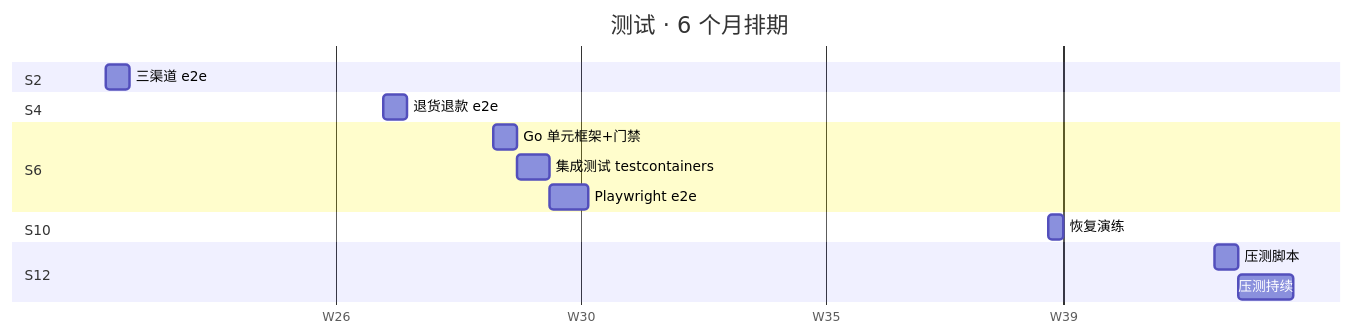
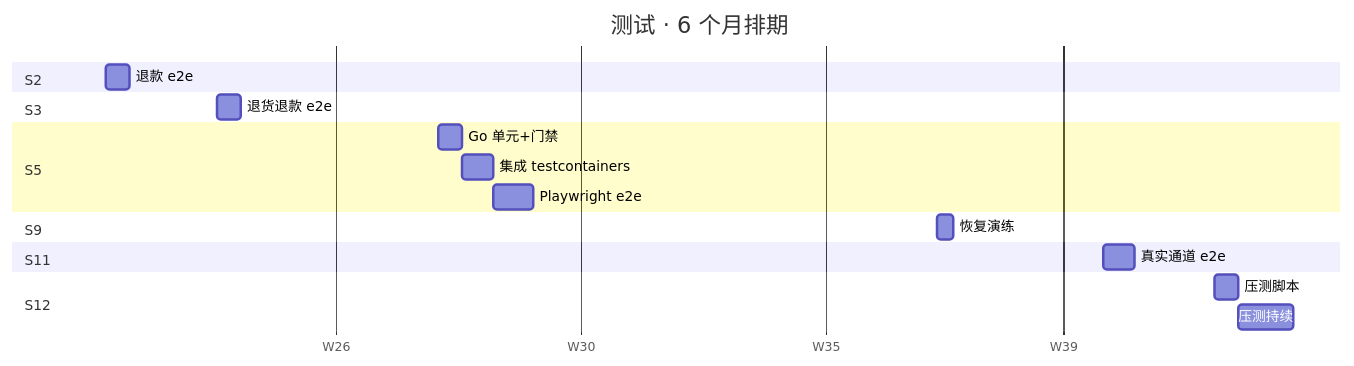
One commit to carter4cn/yw-mall-docs changed the sixth of 7 diagrams in planning/q1q2_tracking.md. Above: the diagram before and after it, drawn with Mermaid. The commit also changed other lines of this file and 1 other file, not shown here.

````diff
--- a/planning/q1q2_tracking.md
+++ b/planning/q1q2_tracking.md
@@ -361,19 +387,21 @@
 ```mermaid
 gantt
     title 测试 · 6 个月排期
     dateFormat YYYY-MM-DD
     axisFormat W%U
     section S2
-    三渠道 e2e            :t21, 2026-06-02, 3d
-    section S4
-    退货退款 e2e          :t41, 2026-07-07, 3d
-    section S6
-    Go 单元框架+门禁      :t61, 2026-07-21, 3d
-    集成测试 testcontainers :t62, after t61, 4d
-    Playwright e2e        :t63, after t62, 5d
-    section S10
-    恢复演练              :t101, 2026-09-29, 2d
+    退款 e2e              :t21, 2026-06-02, 3d
+    section S3
+    退货退款 e2e          :t31, 2026-06-16, 3d
+    section S5
+    Go 单元+门禁          :t51, 2026-07-14, 3d
+    集成 testcontainers   :t52, after t51, 4d
+    Playwright e2e        :t53, after t52, 5d
+    section S9
+    恢复演练              :t91, 2026-09-15, 2d
+    section S11
+    真实通道 e2e          :t111, 2026-10-06, 4d
     section S12
     压测脚本              :t121, 2026-10-20, 3d
     压测持续              :t122, after t121, 7d
 ```
````
